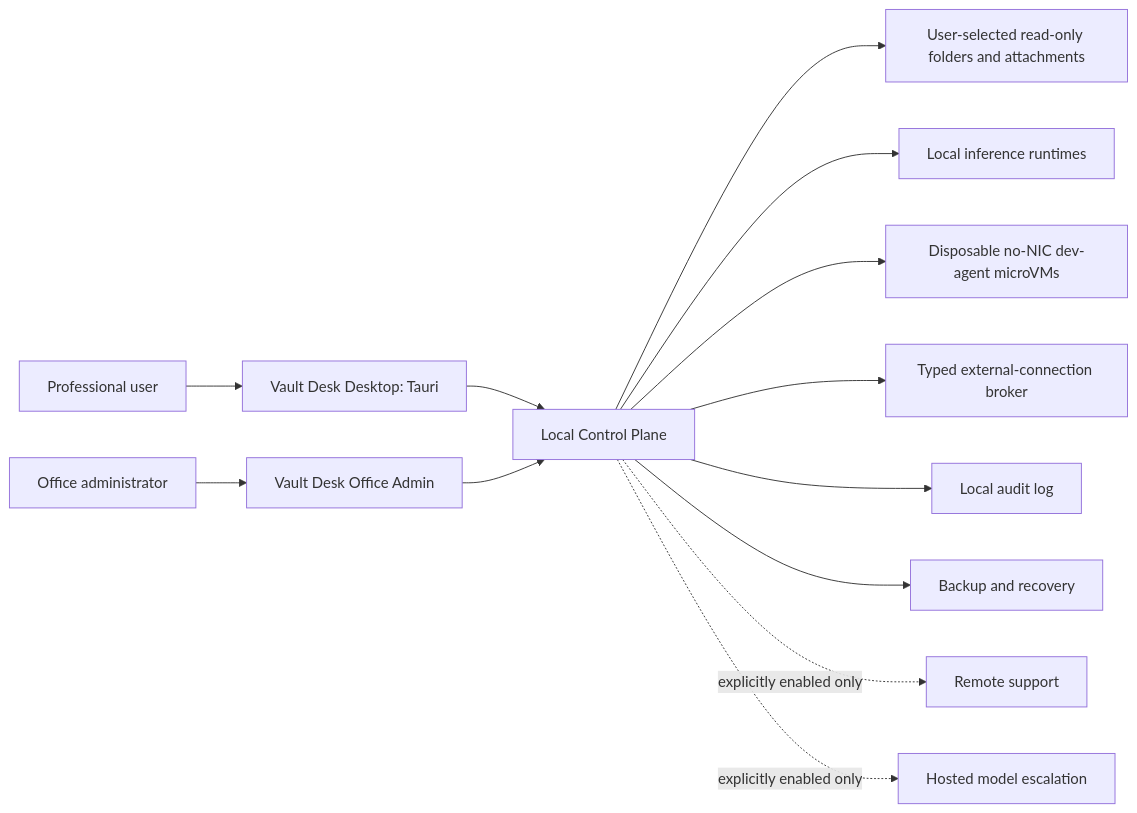
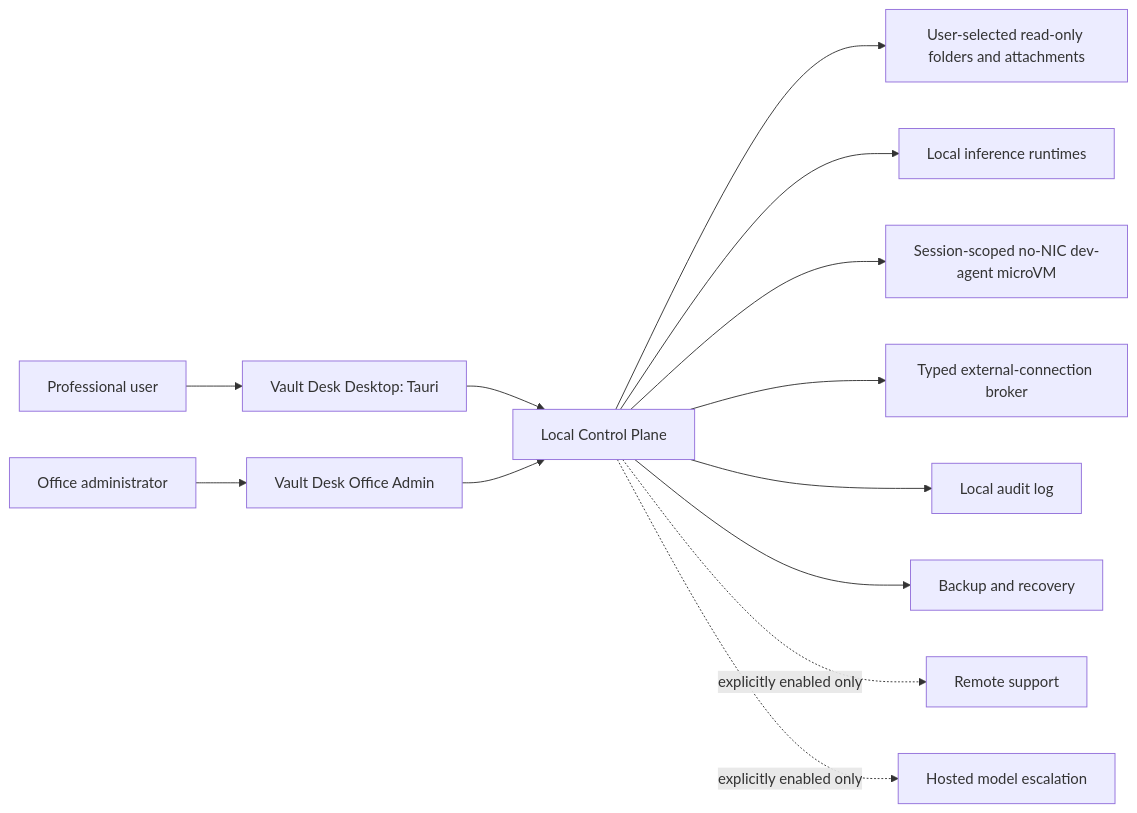
The diagram in docs/diagrams/system-context.md (alex-alecu/vault-desk), drawn with Mermaid before and after one commit. The commit also changed other lines of this file and 72 other files, not shown here.

````diff
--- a/docs/diagrams/system-context.md
+++ b/docs/diagrams/system-context.md
@@ -5,18 +5,18 @@
 ```mermaid
 flowchart LR
     User["Professional user"] --> Desktop["Vault Desk Desktop: Tauri"]
     Admin["Office administrator"] --> OfficeAdmin["Vault Desk Office Admin"]
 
     Desktop --> Control["Local Control Plane"]
     OfficeAdmin --> Control
 
     Control --> Documents["User-selected read-only folders and attachments"]
     Control --> Inference["Local inference runtimes"]
-    Control --> Sandbox["Disposable no-NIC dev-agent microVMs"]
+    Control --> Sandbox["Session-scoped no-NIC dev-agent microVM"]
     Control --> NetworkBroker["Typed external-connection broker"]
     Control --> Audit["Local audit log"]
     Control --> Backup["Backup and recovery"]
 
     Control -. "explicitly enabled only" .-> RemoteSupport["Remote support"]
     Control -. "explicitly enabled only" .-> HostedEscalation["Hosted model escalation"]
 ```
````
